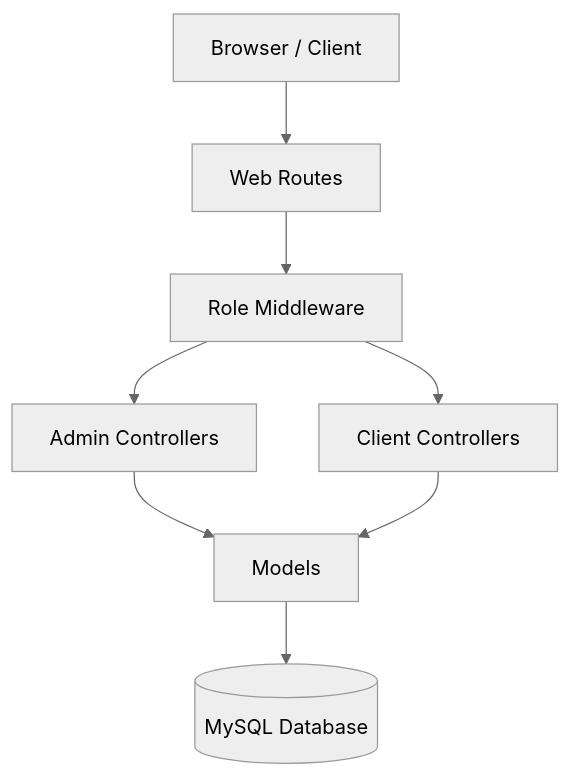
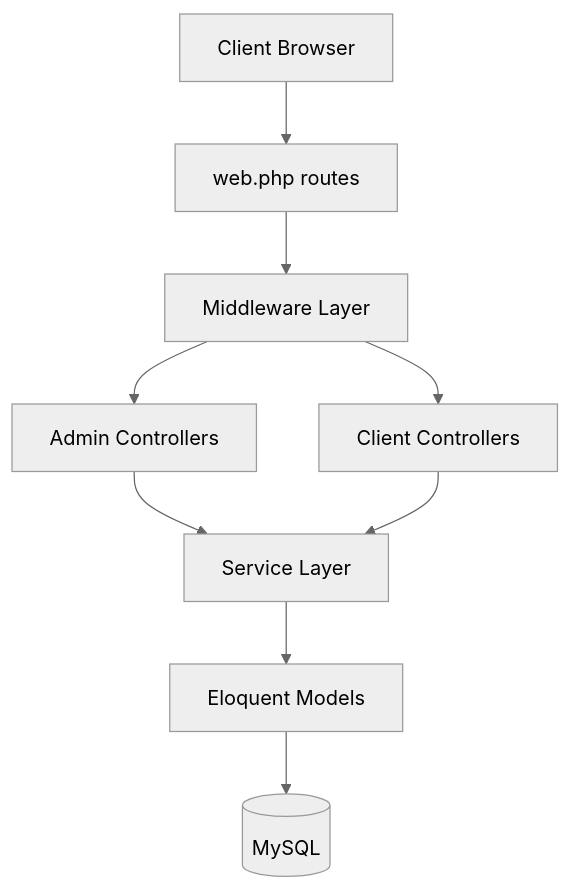
Before and after one commit to Deocomate/kingexpressbus.com: the first of 2 diagrams in docs/system-architecture.md, drawn with Mermaid (neutral theme). The commit also changed other lines of this file and 21 other files, not shown here.

````diff
--- a/docs/system-architecture.md
+++ b/docs/system-architecture.md
@@ -6,13 +7,11 @@
 ```mermaid
 graph TD
-    Client[Browser / Client] --> WebRoutes[Web Routes]
-    WebRoutes --> Middleware[Role Middleware]
-
-    Middleware --> AdminCtrl[Admin Controllers]
-    Middleware --> ClientCtrl[Client Controllers]
-
-    AdminCtrl --> Models
-    ClientCtrl --> Models
-
-    Models --> DB[(MySQL Database)]
+    Browser[Client Browser] --> Web[web.php routes]
+    Web --> MW[Middleware Layer]
+    MW --> Admin[Admin Controllers]
+    MW --> Client[Client Controllers]
+    Admin --> Services[Service Layer]
+    Client --> Services
+    Services --> Models[Eloquent Models]
+    Models --> DB[(MySQL)]
 ```
````
